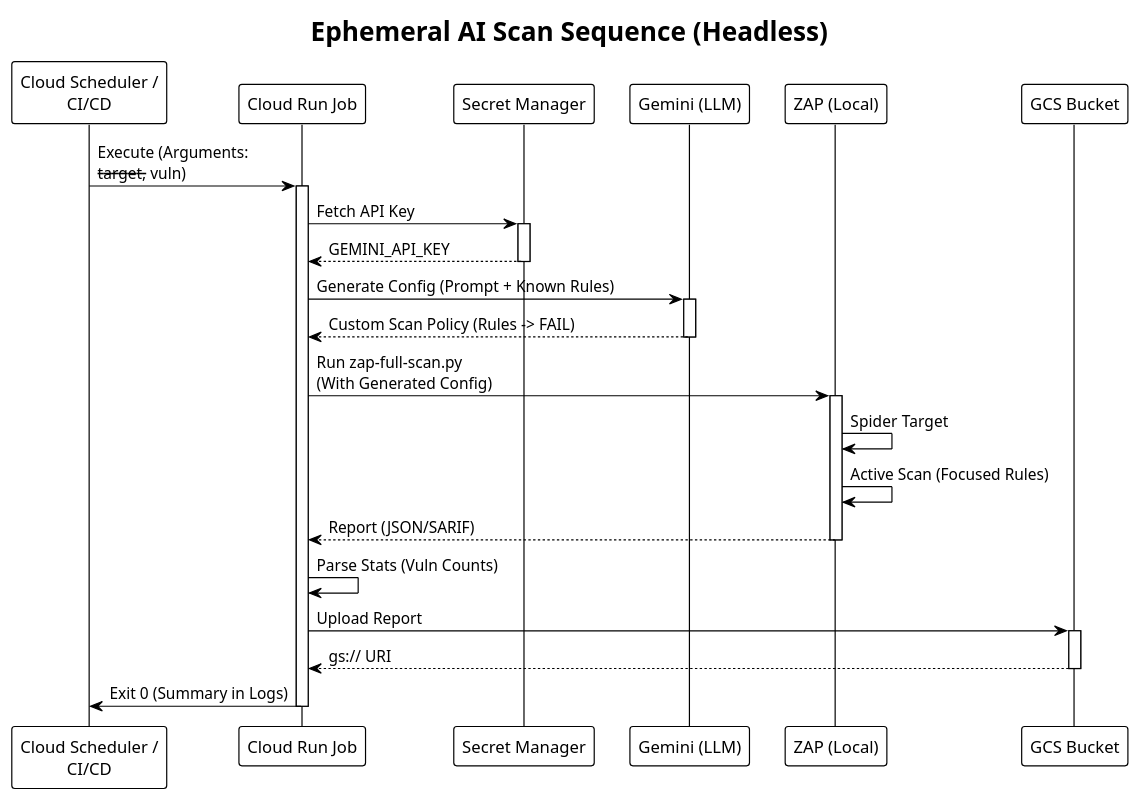
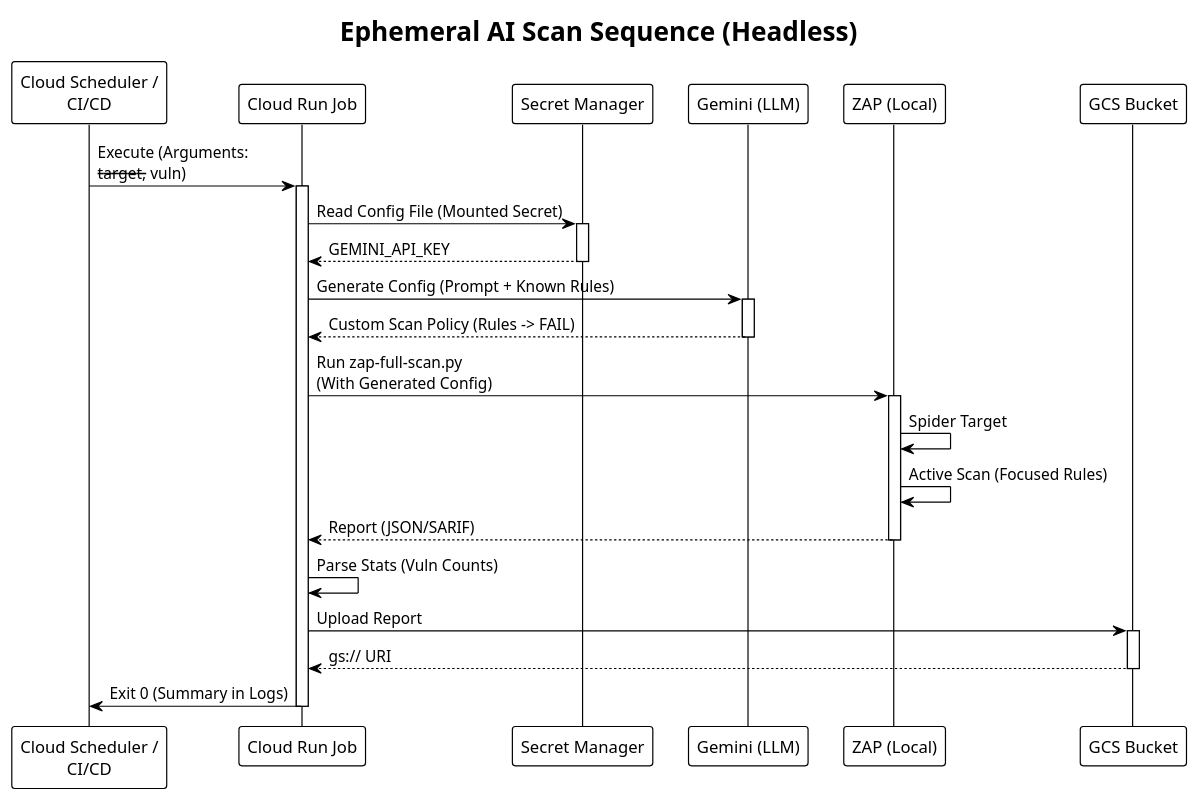
The diagram in Design/puml/ephemeral_scan_sequence.puml (aksaha9/automated-cognitive-DAST), drawn with PlantUML before and after one commit. The commit also changed 10 other files, not shown here.

Commit message:
feat: Enforce strict file-based configuration and remove GEMINI_API_KEY support

```diff
--- a/Design/puml/ephemeral_scan_sequence.puml
+++ b/Design/puml/ephemeral_scan_sequence.puml
@@ -1,40 +1,40 @@
 @startuml
 !theme plain
 title Ephemeral AI Scan Sequence (Headless)
 
 participant "Cloud Scheduler /\nCI/CD" as Trigger
 participant "Cloud Run Job" as Job
 participant "Secret Manager" as Secrets
 participant "Gemini (LLM)" as Gemini
 participant "ZAP (Local)" as ZAP
 participant "GCS Bucket" as GCS
 
 Trigger -> Job : Execute (Arguments:\n--target, --vuln)
 activate Job
 
-Job -> Secrets : Fetch API Key
+Job->Secrets: Read Config File (Mounted Secret)
 activate Secrets
 Secrets --> Job : GEMINI_API_KEY
 deactivate Secrets
 
 Job -> Gemini : Generate Config (Prompt + Known Rules)
 activate Gemini
 Gemini --> Job : Custom Scan Policy (Rules -> FAIL)
 deactivate Gemini
 
 Job -> ZAP : Run zap-full-scan.py\n(With Generated Config)
 activate ZAP
 ZAP -> ZAP : Spider Target
 ZAP -> ZAP : Active Scan (Focused Rules)
 ZAP --> Job : Report (JSON/SARIF)
 deactivate ZAP
 
 Job -> Job : Parse Stats (Vuln Counts)
 Job -> GCS : Upload Report
 activate GCS
 GCS --> Job : gs:// URI
 deactivate GCS
 
 Job -> Trigger : Exit 0 (Summary in Logs)
 deactivate Job
 @enduml
```
